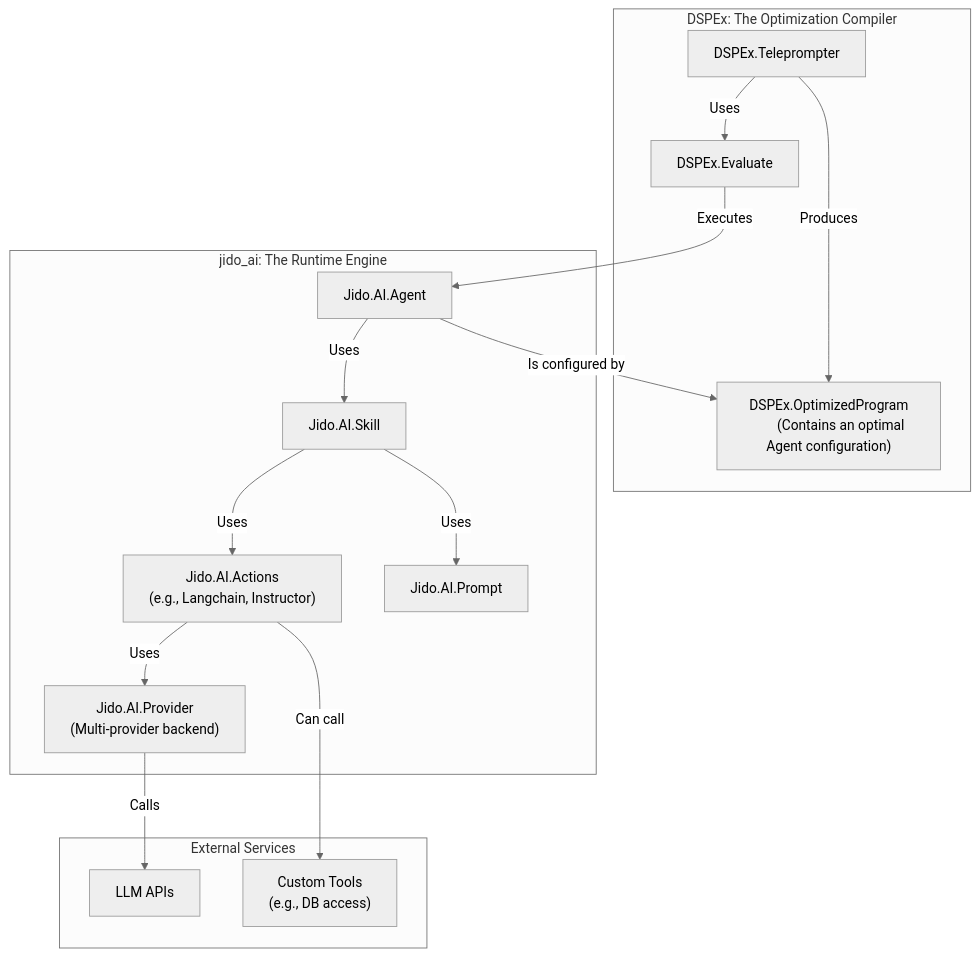
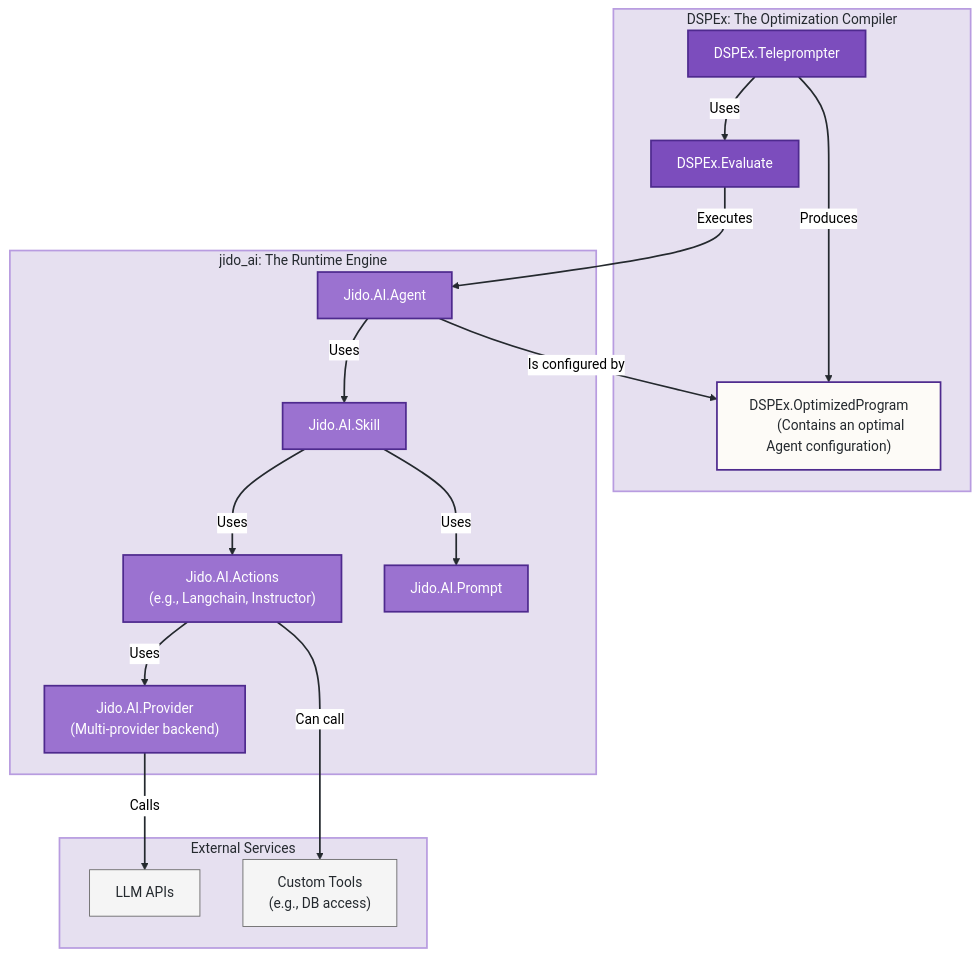
Before and after one commit to nshkrdotcom/ds_ex: the diagram in JIDO_AI_INTEGRATION.md, drawn with Mermaid (neutral theme). The commit also changed 3 other files, not shown here.

````diff
--- a/JIDO_AI_INTEGRATION.md
+++ b/JIDO_AI_INTEGRATION.md
@@ -140,38 +140,58 @@
 ```mermaid
 graph TD
-    subgraph OptimizationLayer["DSPEx: The Optimization Compiler"]
+    subgraph OptimizationLayer["DSPEx:&nbsp;The&nbsp;Optimization&nbsp;Compiler"]
         A[DSPEx.Teleprompter]
         B[DSPEx.Evaluate]
         C["DSPEx.OptimizedProgram
         (Contains an optimal Agent configuration)"]
     end
 
-    subgraph RuntimeEngine["jido_ai: The Runtime Engine"]
+    subgraph RuntimeEngine["jido_ai:&nbsp;The&nbsp;Runtime&nbsp;Engine"]
         D[Jido.AI.Agent]
         E[Jido.AI.Skill]
         F["Jido.AI.Actions
         (e.g., Langchain, Instructor)"]
         G["Jido.AI.Provider
         (Multi-provider backend)"]
         H[Jido.AI.Prompt]
     end
 
     subgraph External["External Services"]
         LLM[LLM APIs]
         Tools["Custom Tools
         (e.g., DB access)"]
     end
 
     A -- "Uses" --> B
     A -- "Produces" --> C
 
     B -- "Executes" --> D
 
     D -- "Is configured by" --> C
     D -- "Uses" --> E
     E -- "Uses" --> F
     E -- "Uses" --> H
     F -- "Uses" --> G
     G -- "Calls" --> LLM
     F -- "Can call" --> Tools
+
+    %% Elixir-inspired styling
+    classDef userLayer fill:#4e2a8e,stroke:#24292e,stroke-width:2px,color:#fff
+    classDef coreAbstraction fill:#7c4dbd,stroke:#4e2a8e,stroke-width:2px,color:#fff
+    classDef keyModule fill:#9b72d0,stroke:#4e2a8e,stroke-width:2px,color:#fff
+    classDef clientLayer fill:#b89ce0,stroke:#4e2a8e,stroke-width:2px,color:#24292e
+    classDef serviceLayer fill:#d4c5ec,stroke:#4e2a8e,stroke-width:1px,color:#24292e
+    classDef externalSystem fill:#f5f5f5,stroke:#666,stroke-width:1px,color:#24292e
+    classDef adapter fill:#fdfbf7,stroke:#4e2a8e,stroke-width:2px,color:#24292e
+    classDef subgraphTitleTop fill:#e6e0f0,stroke:#b89ce0,stroke-width:2px,color:#24292e
+    classDef subgraphTitleNested fill:#f2f0f7,stroke:#d4c5ec,stroke-width:1px,color:#24292e
+
+    class A,B coreAbstraction
+    class D,E,F,G,H keyModule
+    class C adapter
+    class LLM,Tools externalSystem
+    class OptimizationLayer,RuntimeEngine,External subgraphTitleTop
+
+    %% Darker arrow styling for better visibility
+    linkStyle default stroke:#24292e,stroke-width:2px
 ```
````
